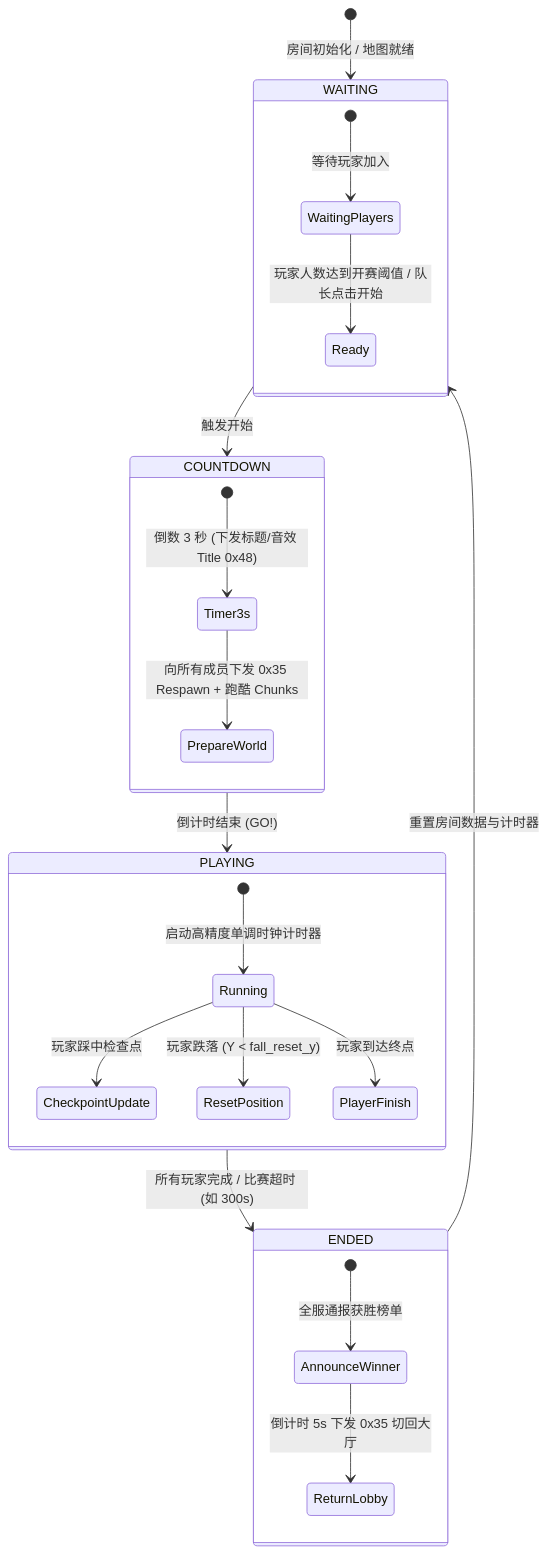
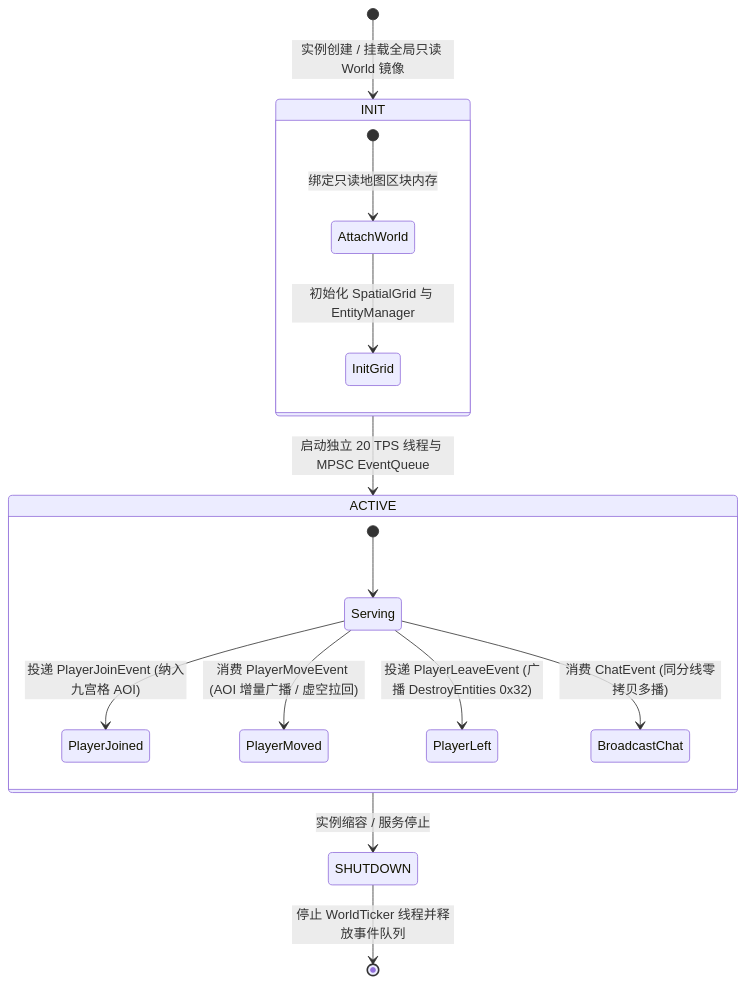
Before and after one commit to syuany/mcpe: the second of 3 diagrams in doc/05_房间状态机与状态同步设计.md, drawn with Mermaid. The commit also changed other lines of this file and 49 other files, not shown here.

````diff
--- a/doc/05_房间状态机与状态同步设计.md
+++ b/doc/05_房间状态机与状态同步设计.md
@@ -74,31 +71,21 @@
 ```mermaid
 stateDiagram-v2
-    [*] --> WAITING: 房间初始化 / 地图就绪
+    [*] --> INIT: 实例创建 / 挂载全局只读 World 镜像
 
-    state WAITING {
-        [*] --> WaitingPlayers: 等待玩家加入
-        WaitingPlayers --> Ready: 玩家人数达到开赛阈值 / 队长点击开始
+    state INIT {
+        [*] --> AttachWorld: 绑定只读地图区块内存
+        AttachWorld --> InitGrid: 初始化 SpatialGrid 与 EntityManager
     }
 
-    WAITING --> COUNTDOWN: 触发开始
-    state COUNTDOWN {
-        [*] --> Timer3s: 倒数 3 秒 (下发标题/音效 Title 0x48)
-        Timer3s --> PrepareWorld: 向所有成员下发 0x35 Respawn + 跑酷 Chunks
+    INIT --> ACTIVE: 启动独立 20 TPS 线程与 MPSC EventQueue
+    state ACTIVE {
+        [*] --> Serving
+        Serving --> PlayerJoined: 投递 PlayerJoinEvent (纳入九宫格 AOI)
+        Serving --> PlayerMoved: 消费 PlayerMoveEvent (AOI 增量广播 / 虚空拉回)
+        Serving --> PlayerLeft: 投递 PlayerLeaveEvent (广播 DestroyEntities 0x32)
+        Serving --> BroadcastChat: 消费 ChatEvent (同分线零拷贝多播)
     }
 
-    COUNTDOWN --> PLAYING: 倒计时结束 (GO!)
-    state PLAYING {
-        [*] --> Running: 启动高精度单调时钟计时器
-        Running --> CheckpointUpdate: 玩家踩中检查点
-        Running --> ResetPosition: 玩家跌落 (Y < fall_reset_y)
-        Running --> PlayerFinish: 玩家到达终点
-    }
-
-    PLAYING --> ENDED: 所有玩家完成 / 比赛超时 (如 300s)
-    state ENDED {
-        [*] --> AnnounceWinner: 全服通报获胜榜单
-        AnnounceWinner --> ReturnLobby: 倒计时 5s 下发 0x35 切回大厅
-    }
-
-    ENDED --> WAITING: 重置房间数据与计时器
+    ACTIVE --> SHUTDOWN: 实例缩容 / 服务停止
+    SHUTDOWN --> [*]: 停止 WorldTicker 线程并释放事件队列
 ```
````
